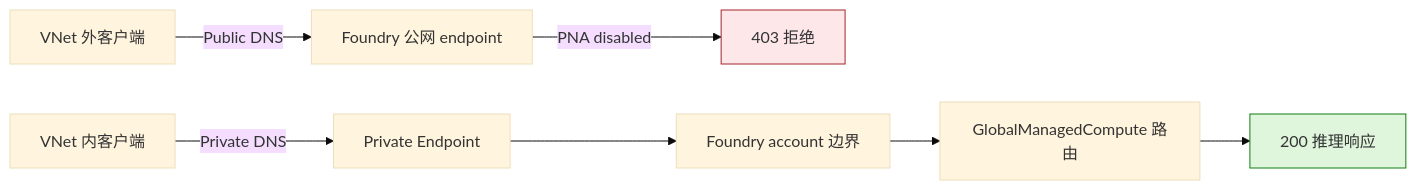
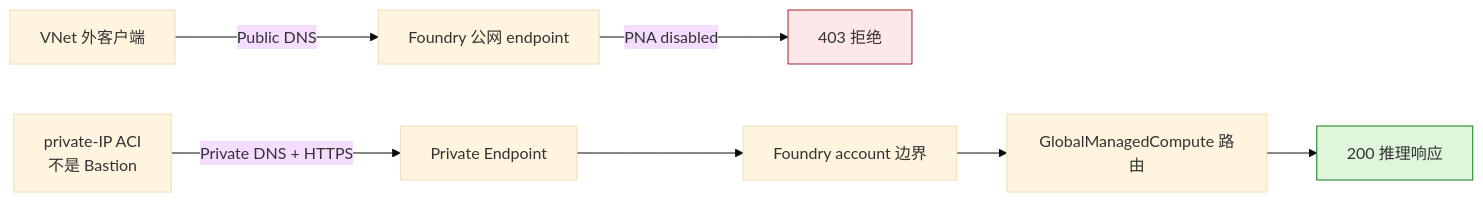
One commit to david-xinyuwei/david-share changed the diagram in Deep-Learning/Managed-Compute-Private-Endpoint/README-CN.md. Above: the diagram before and after it, drawn with Mermaid (base theme). The commit also changed other lines of this file and 28 other files, not shown here.

Commit message:
Harden Managed Compute private endpoint evidence

````diff
--- a/Deep-Learning/Managed-Compute-Private-Endpoint/README-CN.md
+++ b/Deep-Learning/Managed-Compute-Private-Endpoint/README-CN.md
@@ -86,12 +178,12 @@
 ```mermaid
 flowchart LR
     OUT[VNet 外客户端] -->|Public DNS| PUB[Foundry 公网 endpoint]
     PUB -->|PNA disabled| DENY[403 拒绝]
-    IN[VNet 内客户端] -->|Private DNS| PE[Private Endpoint]
+    IN[private-IP ACI<br/>不是 Bastion] -->|Private DNS + HTTPS| PE[Private Endpoint]
     PE --> ACCOUNT[Foundry account 边界]
     ACCOUNT --> ROUTE[GlobalManagedCompute 路由]
     ROUTE --> OK[200 推理响应]
 
     style DENY fill:#fde7e9,stroke:#a4262c
     style OK fill:#dff6dd,stroke:#107c10
 ```
````
